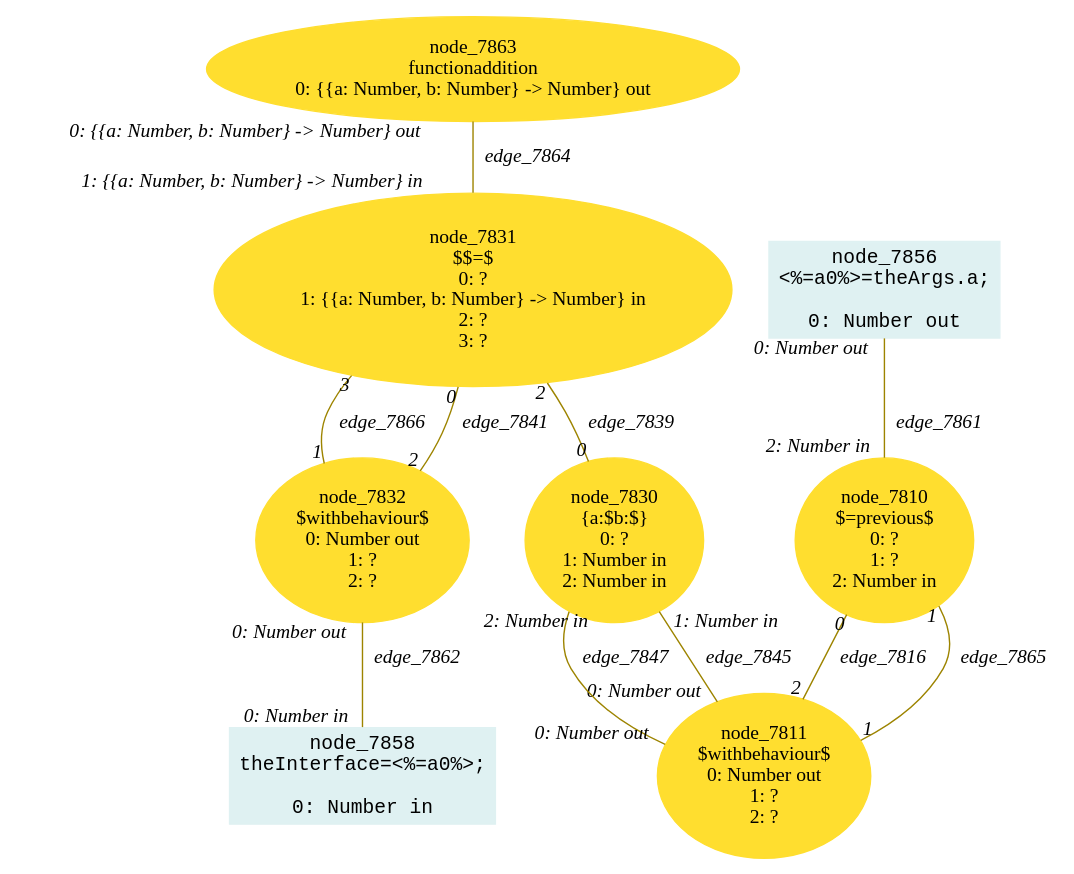
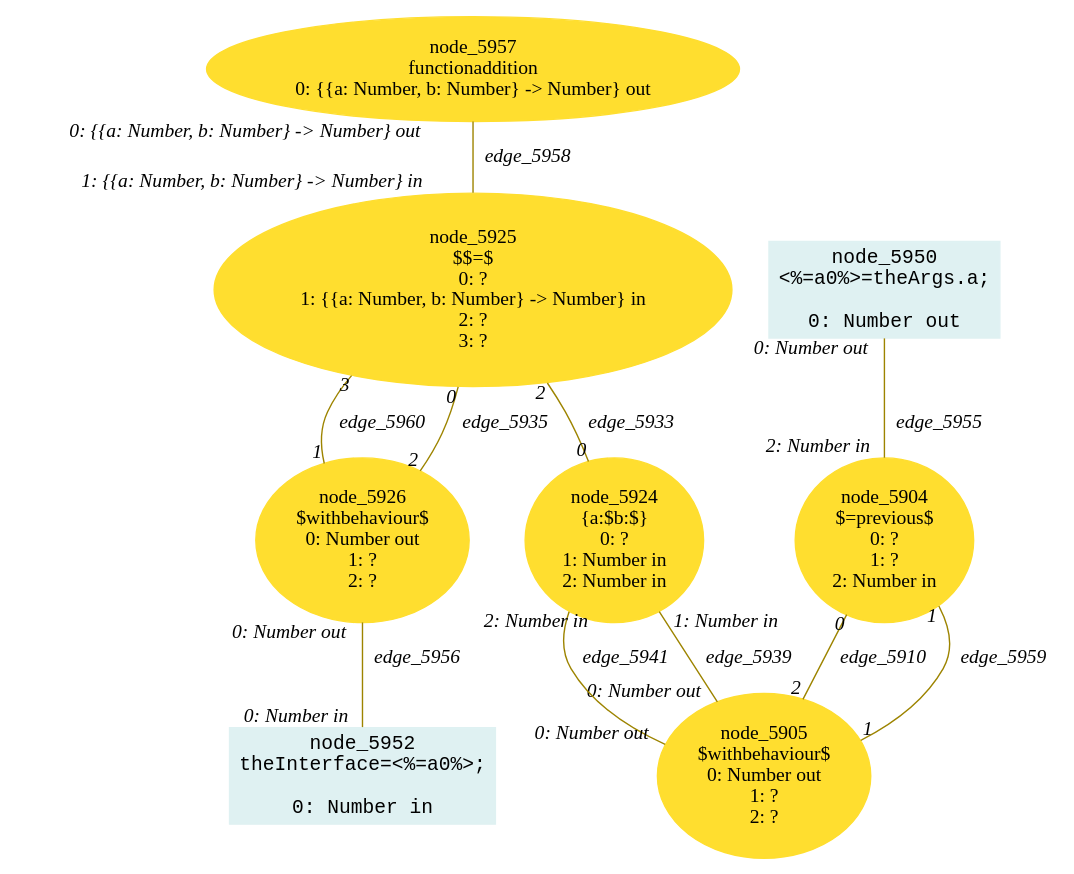
One commit to crubier/lidl changed the diagram in lidl-core/example/ok/sumOfPrevious/dot/15createDataFlowDirection1.dot. Above: the diagram before and after it, drawn with Graphviz. The commit also changed 983 other files, not shown here.

```diff
--- a/lidl-core/example/ok/sumOfPrevious/dot/15createDataFlowDirection1.dot
+++ b/lidl-core/example/ok/sumOfPrevious/dot/15createDataFlowDirection1.dot
@@ -1,48 +1,48 @@
-digraph g{node_7810 [shape="ellipse", style="filled", color="#ffde2f", fontname="Times", label="node_7810
+digraph g{node_5904 [shape="ellipse", style="filled", color="#ffde2f", fontname="Times", label="node_5904
 $=previous$
 0: ?
 1: ?
 2: Number in" ]
-node_7811 [shape="ellipse", style="filled", color="#ffde2f", fontname="Times", label="node_7811
+node_5905 [shape="ellipse", style="filled", color="#ffde2f", fontname="Times", label="node_5905
 $withbehaviour$
 0: Number out
 1: ?
 2: ?" ]
-node_7830 [shape="ellipse", style="filled", color="#ffde2f", fontname="Times", label="node_7830
+node_5924 [shape="ellipse", style="filled", color="#ffde2f", fontname="Times", label="node_5924
 {a:$b:$}
 0: ?
 1: Number in
 2: Number in" ]
-node_7831 [shape="ellipse", style="filled", color="#ffde2f", fontname="Times", label="node_7831
+node_5925 [shape="ellipse", style="filled", color="#ffde2f", fontname="Times", label="node_5925
 $$=$
 0: ?
 1: {{a: Number, b: Number} -> Number} in
 2: ?
 3: ?" ]
-node_7832 [shape="ellipse", style="filled", color="#ffde2f", fontname="Times", label="node_7832
+node_5926 [shape="ellipse", style="filled", color="#ffde2f", fontname="Times", label="node_5926
 $withbehaviour$
 0: Number out
 1: ?
 2: ?" ]
-node_7856 [shape="box", style="filled", color="#dff1f2", fontname="Courier", label="node_7856
+node_5950 [shape="box", style="filled", color="#dff1f2", fontname="Courier", label="node_5950
 <%=a0%>=theArgs.a;
 
 0: Number out" ]
-node_7858 [shape="box", style="filled", color="#dff1f2", fontname="Courier", label="node_7858
+node_5952 [shape="box", style="filled", color="#dff1f2", fontname="Courier", label="node_5952
 theInterface=<%=a0%>;
 
 0: Number in" ]
-node_7863 [shape="ellipse", style="filled", color="#ffde2f", fontname="Times", label="node_7863
+node_5957 [shape="ellipse", style="filled", color="#ffde2f", fontname="Times", label="node_5957
 functionaddition
 0: {{a: Number, b: Number} -> Number} out" ]
-node_7811 -> node_7810 [dir=none, arrowHead=none, fontname="Times-Italic", arrowsize=1, color="#9d8400", label="edge_7816",  headlabel="0", taillabel="2" ]
-node_7831 -> node_7830 [dir=none, arrowHead=none, fontname="Times-Italic", arrowsize=1, color="#9d8400", label="edge_7839",  headlabel="0", taillabel="2" ]
-node_7832 -> node_7831 [dir=none, arrowHead=none, fontname="Times-Italic", arrowsize=1, color="#9d8400", label="edge_7841",  headlabel="0", taillabel="2" ]
-node_7830 -> node_7811 [dir=none, arrowHead=none, fontname="Times-Italic", arrowsize=1, color="#9d8400", label="edge_7845",  headlabel="0: Number out", taillabel="1: Number in" ]
-node_7830 -> node_7811 [dir=none, arrowHead=none, fontname="Times-Italic", arrowsize=1, color="#9d8400", label="edge_7847",  headlabel="0: Number out", taillabel="2: Number in" ]
-node_7856 -> node_7810 [dir=none, arrowHead=none, fontname="Times-Italic", arrowsize=1, color="#9d8400", label="edge_7861",  headlabel="2: Number in", taillabel="0: Number out" ]
-node_7832 -> node_7858 [dir=none, arrowHead=none, fontname="Times-Italic", arrowsize=1, color="#9d8400", label="edge_7862",  headlabel="0: Number in", taillabel="0: Number out" ]
-node_7863 -> node_7831 [dir=none, arrowHead=none, fontname="Times-Italic", arrowsize=1, color="#9d8400", label="edge_7864",  headlabel="1: {{a: Number, b: Number} -> Number} in", taillabel="0: {{a: Number, b: Number} -> Number} out" ]
-node_7810 -> node_7811 [dir=none, arrowHead=none, fontname="Times-Italic", arrowsize=1, color="#9d8400", label="edge_7865",  headlabel="1", taillabel="1" ]
-node_7831 -> node_7832 [dir=none, arrowHead=none, fontname="Times-Italic", arrowsize=1, color="#9d8400", label="edge_7866",  headlabel="1", taillabel="3" ]
+node_5905 -> node_5904 [dir=none, arrowHead=none, fontname="Times-Italic", arrowsize=1, color="#9d8400", label="edge_5910",  headlabel="0", taillabel="2" ]
+node_5925 -> node_5924 [dir=none, arrowHead=none, fontname="Times-Italic", arrowsize=1, color="#9d8400", label="edge_5933",  headlabel="0", taillabel="2" ]
+node_5926 -> node_5925 [dir=none, arrowHead=none, fontname="Times-Italic", arrowsize=1, color="#9d8400", label="edge_5935",  headlabel="0", taillabel="2" ]
+node_5924 -> node_5905 [dir=none, arrowHead=none, fontname="Times-Italic", arrowsize=1, color="#9d8400", label="edge_5939",  headlabel="0: Number out", taillabel="1: Number in" ]
+node_5924 -> node_5905 [dir=none, arrowHead=none, fontname="Times-Italic", arrowsize=1, color="#9d8400", label="edge_5941",  headlabel="0: Number out", taillabel="2: Number in" ]
+node_5950 -> node_5904 [dir=none, arrowHead=none, fontname="Times-Italic", arrowsize=1, color="#9d8400", label="edge_5955",  headlabel="2: Number in", taillabel="0: Number out" ]
+node_5926 -> node_5952 [dir=none, arrowHead=none, fontname="Times-Italic", arrowsize=1, color="#9d8400", label="edge_5956",  headlabel="0: Number in", taillabel="0: Number out" ]
+node_5957 -> node_5925 [dir=none, arrowHead=none, fontname="Times-Italic", arrowsize=1, color="#9d8400", label="edge_5958",  headlabel="1: {{a: Number, b: Number} -> Number} in", taillabel="0: {{a: Number, b: Number} -> Number} out" ]
+node_5904 -> node_5905 [dir=none, arrowHead=none, fontname="Times-Italic", arrowsize=1, color="#9d8400", label="edge_5959",  headlabel="1", taillabel="1" ]
+node_5925 -> node_5926 [dir=none, arrowHead=none, fontname="Times-Italic", arrowsize=1, color="#9d8400", label="edge_5960",  headlabel="1", taillabel="3" ]
 }
```
